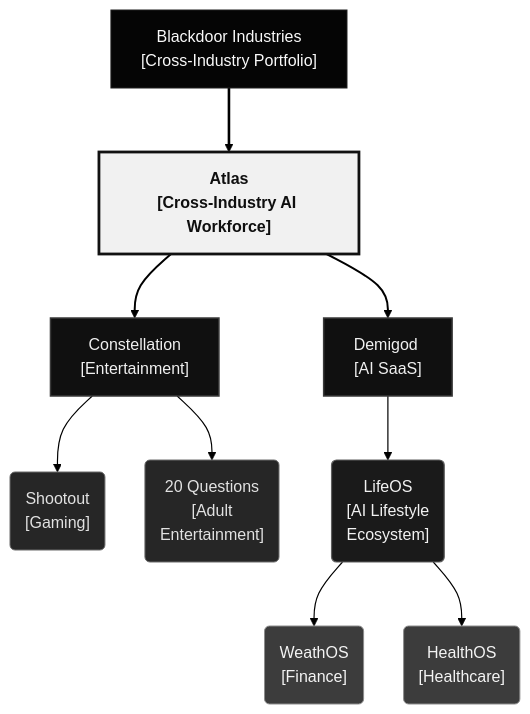
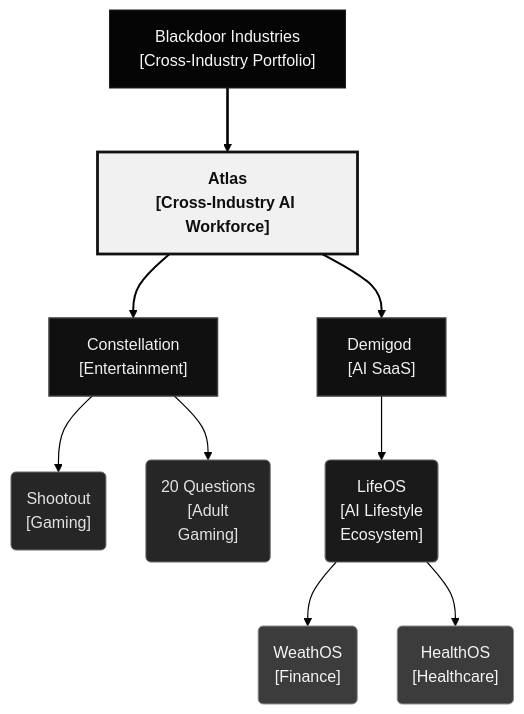
The first of 2 diagrams in profile/README.md (Blackdoor-Industries/.github), drawn with Mermaid before and after one commit.

Commit message:
Update 20 Questions descriptor to Adult Gaming

````diff
--- a/profile/README.md
+++ b/profile/README.md
@@ -41,49 +41,49 @@
 ```mermaid
 %%{init: {
   "theme": "base",
   "flowchart": {
     "curve": "basis",
     "nodeSpacing": 40,
     "rankSpacing": 64
   },
   "themeVariables": {
     "fontFamily": "Helvetica, Arial, sans-serif",
     "lineColor": "#000000",
     "textColor": "#eaeaea",
     "primaryColor": "#181818",
     "primaryBorderColor": "#454545",
     "tertiaryColor": "#121212",
     "background": "#ffffff"
   }
 }}%%
 flowchart TB
     BD["Blackdoor Industries<br/>[Cross-Industry Portfolio]"]:::holding
     ATLAS["Atlas<br/>[Cross-Industry AI Workforce]"]:::atlas
     CONST["Constellation<br/>[Entertainment]"]:::subsidiary
     DEMI["Demigod&nbsp;<br/>[AI SaaS]"]:::subsidiary
     SHOOT("Shootout<br/>[Gaming]"):::product
-    VN("20 Questions<br/>[Adult<br/>Entertainment]"):::product
+    VN("20 Questions<br/>[Adult<br/>Gaming]"):::product
     LIFE("LifeOS<br/>[AI Lifestyle<br/>Ecosystem]"):::ecosystem
     WEATH("WeathOS<br/>[Finance]"):::module
     HEALTH("HealthOS<br/>[Healthcare]"):::module
 
     BD ==> ATLAS
     ATLAS ==> CONST
     ATLAS ==> DEMI
     CONST --> SHOOT
     CONST --> VN
     DEMI --> LIFE
     LIFE --> WEATH
     LIFE --> HEALTH
 
     classDef holding fill:#050505,stroke:#202020,stroke-width:1px,color:#fafafa
     classDef atlas fill:#f1f1f1,stroke:#111111,stroke-width:2.8px,color:#0f0f0f,font-weight:700
     classDef subsidiary fill:#101010,stroke:#3a3a3a,stroke-width:1.5px,color:#f0f0f0
     classDef ecosystem fill:#1a1a1a,stroke:#5f5f5f,stroke-width:1.2px,color:#f2f2f2
     classDef product fill:#262626,stroke:#6a6a6a,stroke-width:1px,color:#e2e2e2
     classDef module fill:#3c3c3c,stroke:#8c8c8c,stroke-width:1px,color:#f4f4f4
 
     linkStyle 0 stroke:#000000,stroke-width:2.6px
     linkStyle 1,2 stroke:#000000,stroke-width:2px
     linkStyle 3,4,5,6,7 stroke:#000000,stroke-width:1.2px
 ```
````
